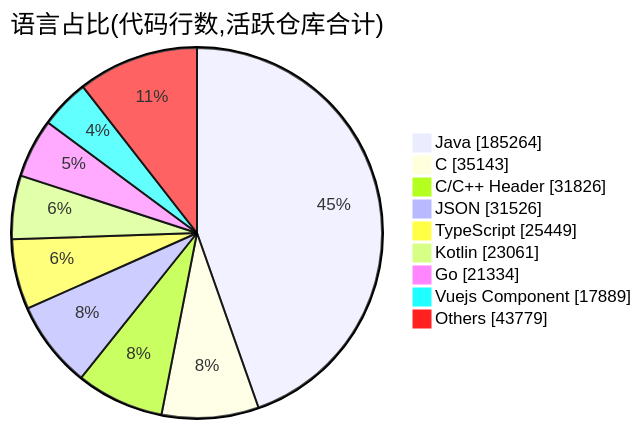
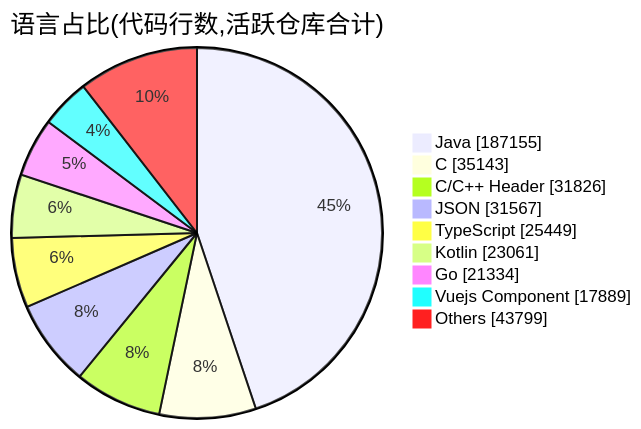
The second of 2 diagrams in profile/README.md (Conflux-Union/.github), drawn with Mermaid before and after one commit. The commit also changed other lines of this file and 1 other file, not shown here.

````diff
--- a/profile/README.md
+++ b/profile/README.md
@@ -81,13 +82,13 @@
 ```mermaid
 pie showData
     title 语言占比(代码行数,活跃仓库合计)
-    "Java" : 185264
+    "Java" : 187155
     "C" : 35143
     "C/C++ Header" : 31826
-    "JSON" : 31526
+    "JSON" : 31567
     "TypeScript" : 25449
     "Kotlin" : 23061
     "Go" : 21334
     "Vuejs Component" : 17889
-    "Others" : 43779
+    "Others" : 43799
 ```
````
